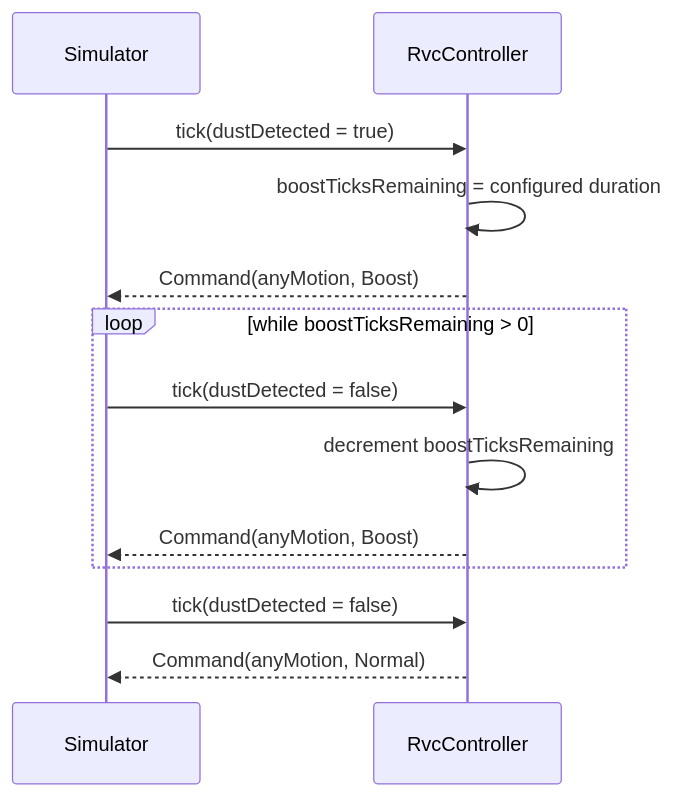
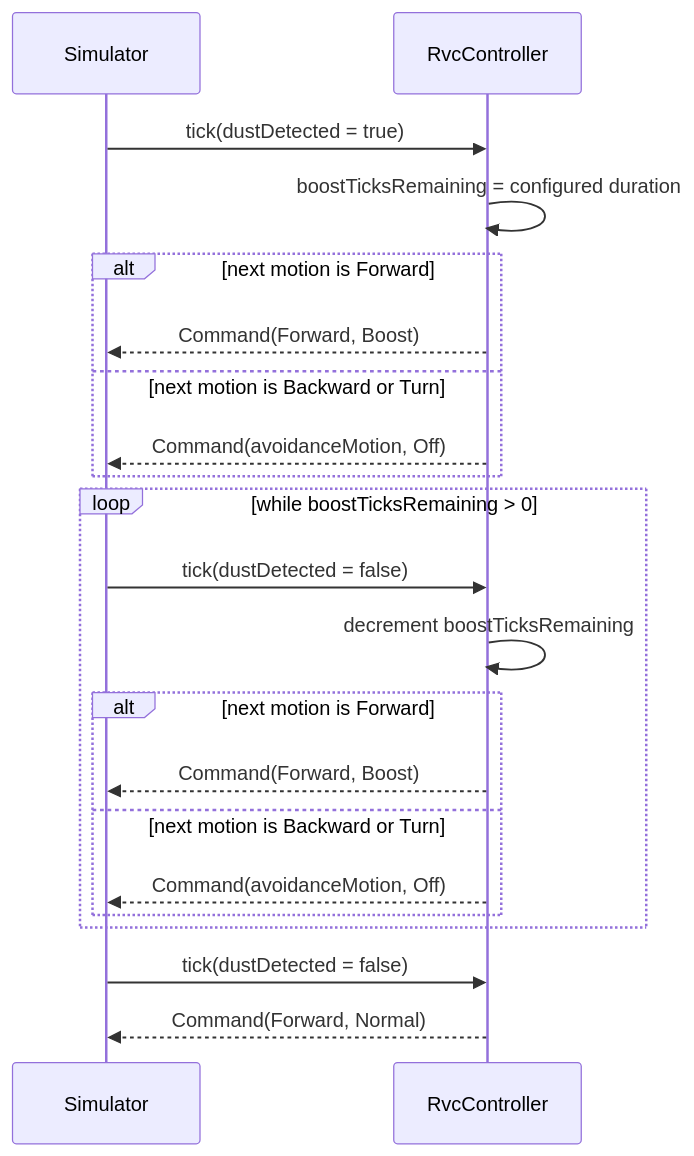
One commit to reload02/ooad-vibe changed the sixth of 6 diagrams in docs/ood_sequence_diagrams.md. Above: the diagram before and after it, drawn with Mermaid. The commit also changed other lines of this file and 6 other files, not shown here.

````diff
--- a/docs/ood_sequence_diagrams.md
+++ b/docs/ood_sequence_diagrams.md
@@ -108,16 +108,24 @@
 ```mermaid
 sequenceDiagram
     participant Simulator
     participant Controller as RvcController
 
     Simulator->>Controller: tick(dustDetected = true)
     Controller->>Controller: boostTicksRemaining = configured duration
-    Controller-->>Simulator: Command(anyMotion, Boost)
+    alt next motion is Forward
+        Controller-->>Simulator: Command(Forward, Boost)
+    else next motion is Backward or Turn
+        Controller-->>Simulator: Command(avoidanceMotion, Off)
+    end
     loop while boostTicksRemaining > 0
         Simulator->>Controller: tick(dustDetected = false)
         Controller->>Controller: decrement boostTicksRemaining
-        Controller-->>Simulator: Command(anyMotion, Boost)
+        alt next motion is Forward
+            Controller-->>Simulator: Command(Forward, Boost)
+        else next motion is Backward or Turn
+            Controller-->>Simulator: Command(avoidanceMotion, Off)
+        end
     end
     Simulator->>Controller: tick(dustDetected = false)
-    Controller-->>Simulator: Command(anyMotion, Normal)
+    Controller-->>Simulator: Command(Forward, Normal)
 ```
````
